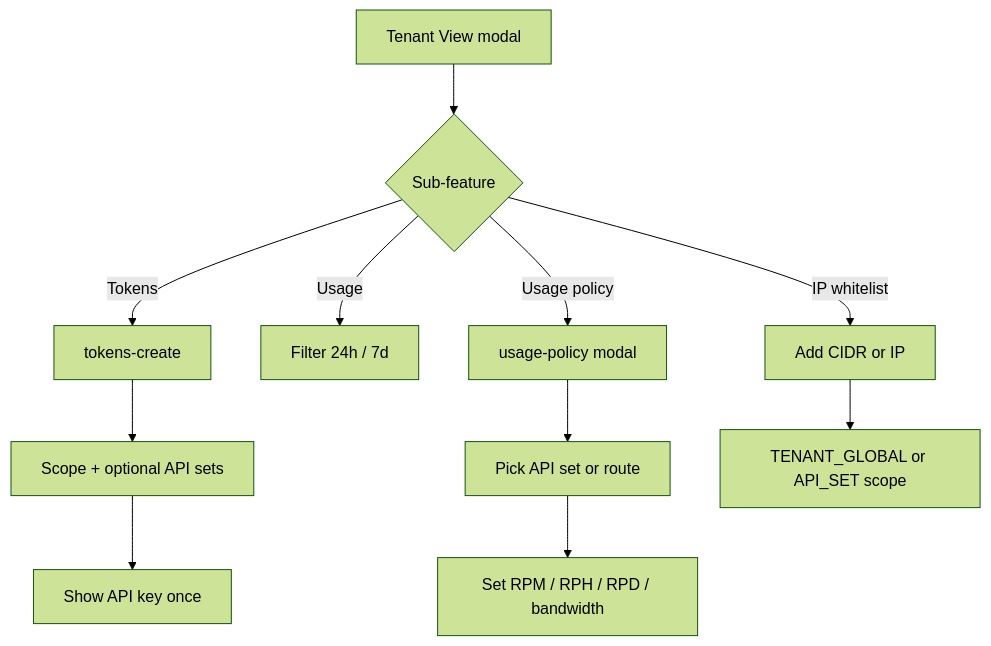
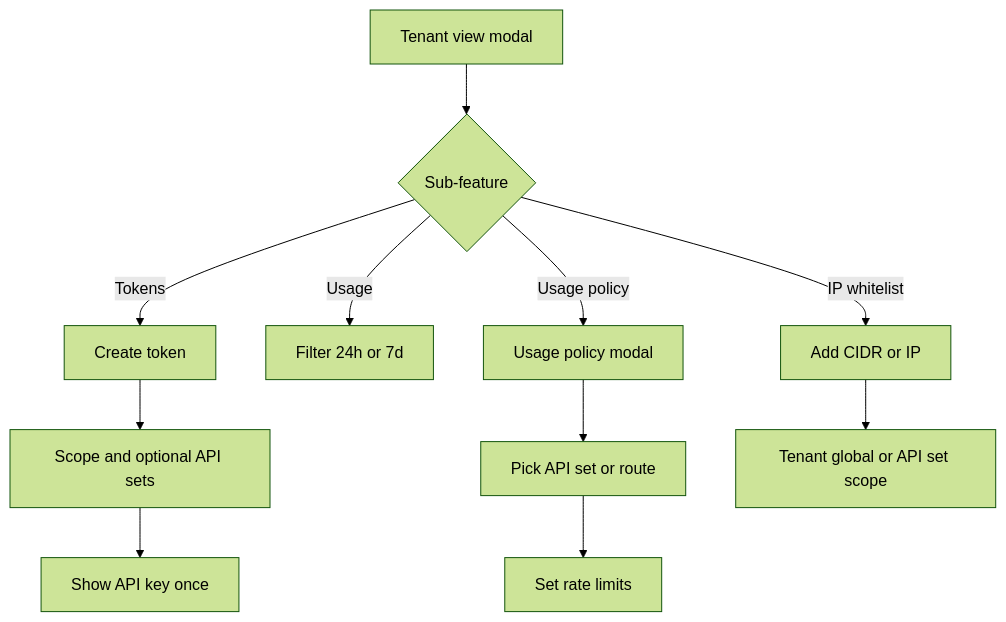
The fifth of 17 diagrams in USER_JOURNEY.md (hr-sargazi/temp-md-server), drawn with Mermaid (forest theme) before and after one commit. The commit also changed other lines of this file, not shown here.

````diff
--- a/USER_JOURNEY.md
+++ b/USER_JOURNEY.md
@@ -190,13 +192,13 @@
 ```mermaid
 flowchart TD
-  A[Tenant View modal] --> B{Sub-feature}
-  B -->|Tokens| C[tokens-create]
-  C --> D[Scope + optional API sets]
-  D --> E[Show API key once]
-  B -->|Usage| F[Filter 24h / 7d]
-  B -->|Usage policy| G[usage-policy modal]
-  G --> H[Pick API set or route]
-  H --> I[Set RPM / RPH / RPD / bandwidth]
-  B -->|IP whitelist| J[Add CIDR or IP]
-  J --> K[TENANT_GLOBAL or API_SET scope]
+  A["Tenant view modal"] --> B{Sub-feature}
+  B -->|Tokens| C["Create token"]
+  C --> D["Scope and optional API sets"]
+  D --> E["Show API key once"]
+  B -->|Usage| F["Filter 24h or 7d"]
+  B -->|Usage policy| G["Usage policy modal"]
+  G --> H["Pick API set or route"]
+  H --> I["Set rate limits"]
+  B -->|IP whitelist| J["Add CIDR or IP"]
+  J --> K["Tenant global or API set scope"]
 ```
````
